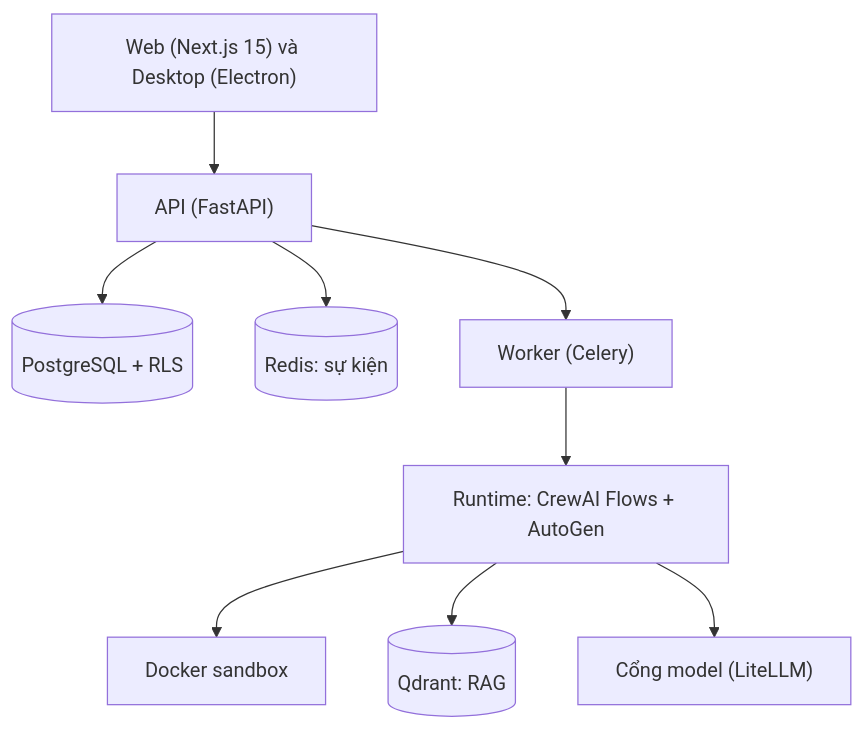
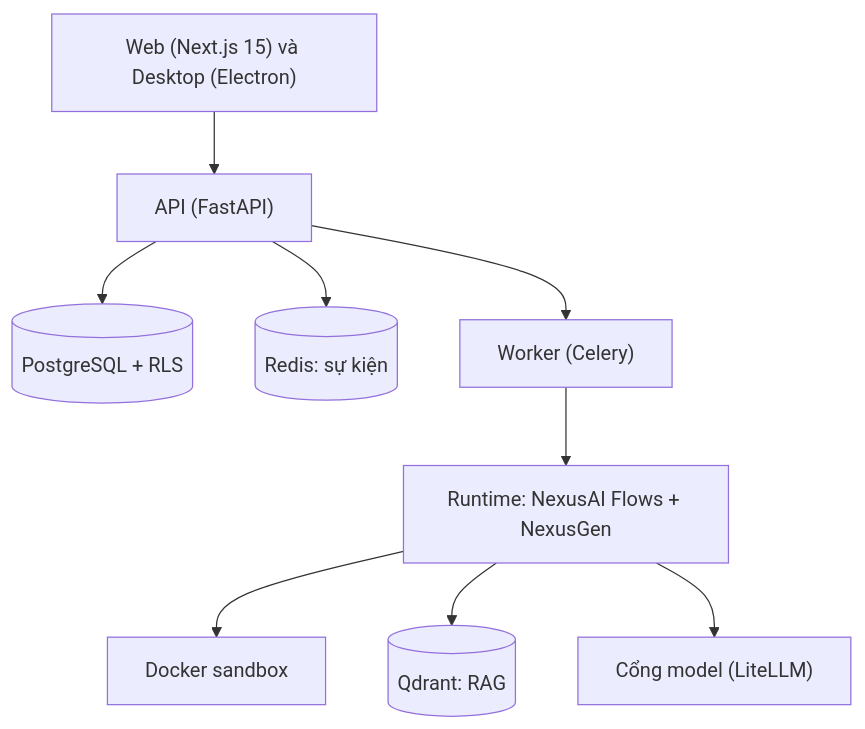
One commit to khangkaka066/Alba-Agent changed the second of 2 diagrams in README.vi.md. Above: the diagram before and after it, drawn with Mermaid. The commit also changed other lines of this file and 601 other files, not shown here.

````diff
--- a/README.vi.md
+++ b/README.vi.md
@@ -146,11 +146,11 @@
 ```mermaid
 flowchart TB
     Web["Web (Next.js 15) và Desktop (Electron)"] --> API["API (FastAPI)"]
     API --> PG[("PostgreSQL + RLS")]
     API --> RD[("Redis: sự kiện")]
     API --> WK["Worker (Celery)"]
-    WK --> RT["Runtime: CrewAI Flows + AutoGen"]
+    WK --> RT["Runtime: NexusAI Flows + NexusGen"]
     RT --> SB["Docker sandbox"]
     RT --> QD[("Qdrant: RAG")]
     RT --> GW["Cổng model (LiteLLM)"]
 ```
````
